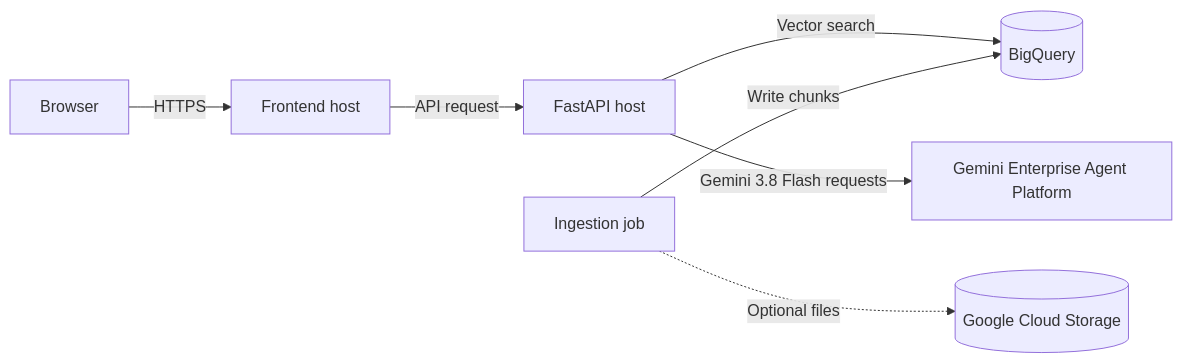
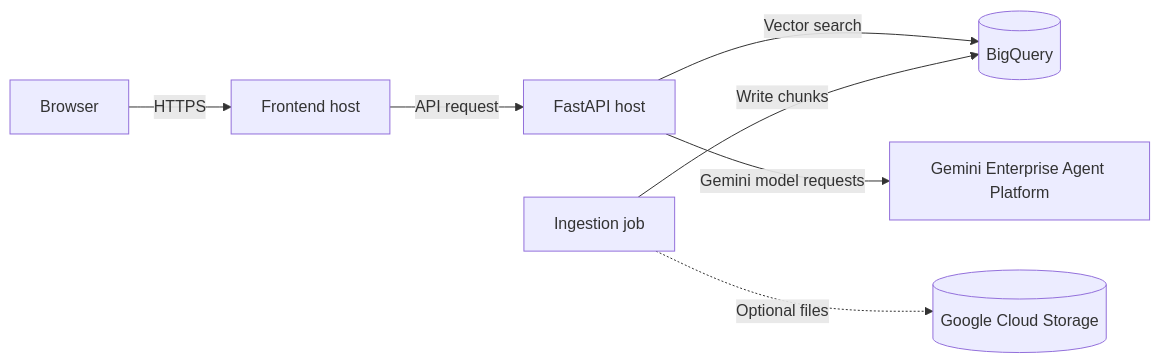
Before and after one commit to Aditya190704/CLINICAL-TRIAL-RAG-: the fifth of 5 diagrams in ARCHITECTURE.md, drawn with Mermaid. The commit also changed 5 other files, not shown here.

````diff
--- a/ARCHITECTURE.md
+++ b/ARCHITECTURE.md
@@ -161,9 +161,9 @@
 ```mermaid
 flowchart LR
     BROWSER[Browser] -->|HTTPS| FRONTEND[Frontend host]
     FRONTEND -->|API request| API[FastAPI host]
     API -->|Vector search| BQ[(BigQuery)]
-    API -->|Gemini 3.8 Flash requests| VERTEX[Gemini Enterprise Agent Platform]
+    API -->|Gemini model requests| VERTEX[Gemini Enterprise Agent Platform]
     INGEST[Ingestion job] -->|Write chunks| BQ
     INGEST -. Optional files .-> GCS[(Google Cloud Storage)]
 ```
````
